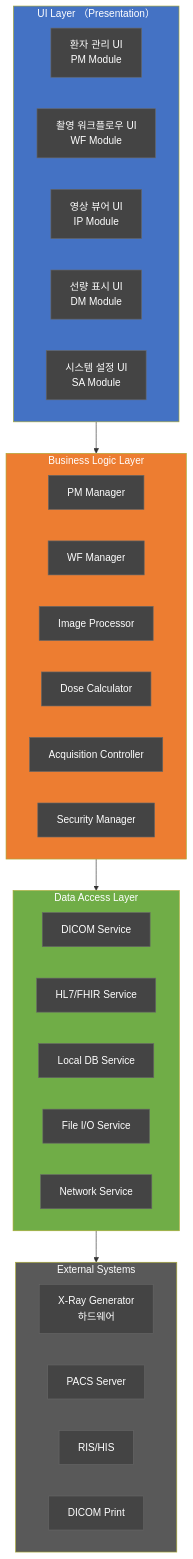
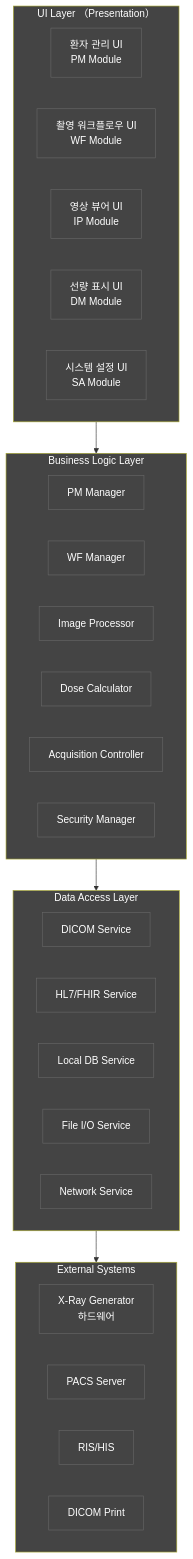
The seventh of 13 diagrams in docs/management/DOC-003_SW_Development_Guideline_v1.0.md (holee9/console-gui), drawn with Mermaid before and after one commit. The commit also changed other lines of this file and 35 other files, not shown here.

First line of the commit message:
fix: 전체 Mermaid 차트 색상 진한 회색 통일

````diff
--- a/docs/management/DOC-003_SW_Development_Guideline_v1.0.md
+++ b/docs/management/DOC-003_SW_Development_Guideline_v1.0.md
@@ -615,44 +615,44 @@
 ```mermaid
 graph TB
     classDef default fill:#444,stroke:#666,color:#fff
     subgraph UI["UI Layer （Presentation）"]
         U1[환자 관리 UI<br/>PM Module]
         U2[촬영 워크플로우 UI<br/>WF Module]
         U3[영상 뷰어 UI<br/>IP Module]
         U4[선량 표시 UI<br/>DM Module]
         U5[시스템 설정 UI<br/>SA Module]
     end
 
     subgraph BL["Business Logic Layer"]
         B1[PM Manager]
         B2[WF Manager]
         B3[Image Processor]
         B4[Dose Calculator]
         B5[Acquisition Controller]
         B6[Security Manager]
     end
 
     subgraph DA["Data Access Layer"]
         D1[DICOM Service]
         D2[HL7/FHIR Service]
         D3[Local DB Service]
         D4[File I/O Service]
         D5[Network Service]
     end
 
     subgraph EXT["External Systems"]
         E1[X-Ray Generator<br/>하드웨어]
         E2[PACS Server]
         E3[RIS/HIS]
         E4[DICOM Print]
     end
 
     UI --> BL
     BL --> DA
     DA --> EXT
 
-    style UI fill:#4472C4,color:#fff
-    style BL fill:#ED7D31,color:#fff
-    style DA fill:#70AD47,color:#fff
-    style EXT fill:#595959,color:#fff
+    style UI fill:#444,color:#fff
+    style BL fill:#444,color:#fff
+    style DA fill:#444,color:#fff
+    style EXT fill:#444,color:#fff
 ```
````
